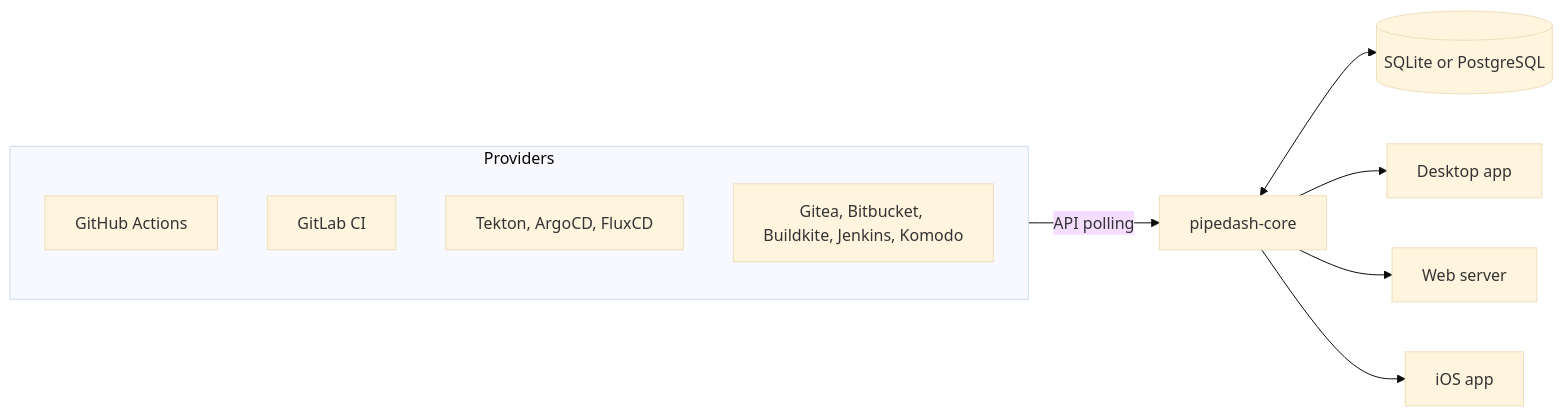
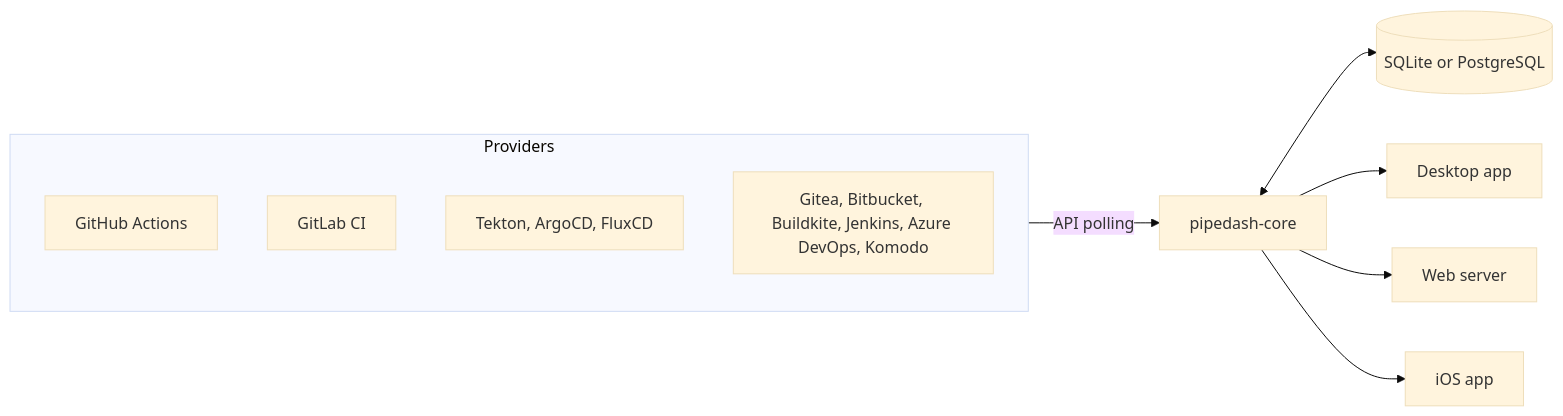
The diagram in README.md (hcavarsan/pipedash), drawn with Mermaid (base theme) before and after one commit. The commit also changed other lines of this file and 16 other files, not shown here.

````diff
--- a/README.md
+++ b/README.md
@@ -84,14 +84,14 @@
 ```mermaid
 flowchart LR
   subgraph Providers
     GH[GitHub Actions]
     GL[GitLab CI]
     K8S[Tekton, ArgoCD, FluxCD]
-    More[Gitea, Bitbucket, Buildkite, Jenkins, Komodo]
+    More[Gitea, Bitbucket, Buildkite, Jenkins, Azure DevOps, Komodo]
   end
   Providers -- API polling --> Core[pipedash-core]
   Core <--> DB[(SQLite or PostgreSQL)]
   Core --> Desktop[Desktop app]
   Core --> Web[Web server]
   Core --> iOS[iOS app]
 ```
````
